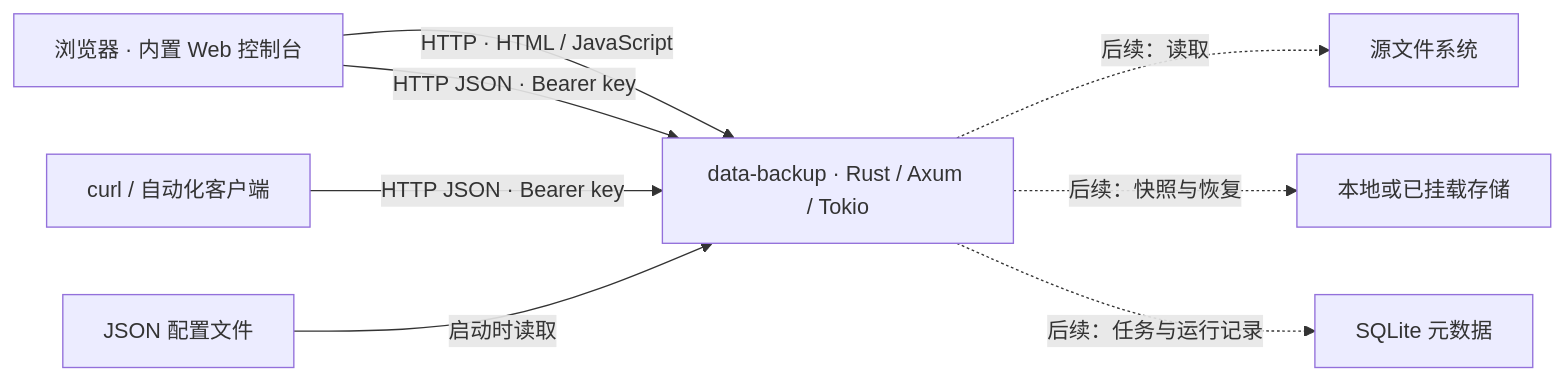
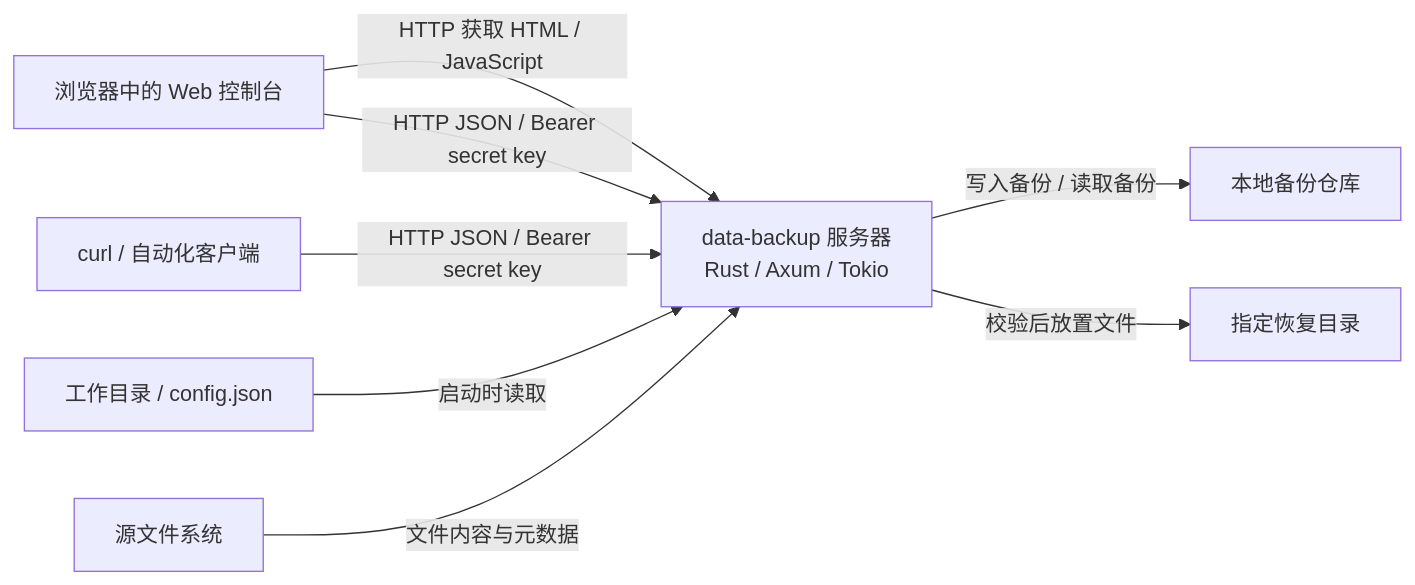
Before and after one commit to qi7876/software-development-exp: the diagram in docs/architecture/containers.md, drawn with Mermaid. The commit also changed other lines of this file and 13 other files, not shown here.

````diff
--- a/docs/architecture/containers.md
+++ b/docs/architecture/containers.md
@@ -5,10 +7,10 @@
 ```mermaid
 flowchart LR
-    Browser[浏览器 · 内置 Web 控制台] -->|HTTP · HTML / JavaScript| Server[data-backup · Rust / Axum / Tokio]
-    Browser -->|HTTP JSON · Bearer key| Server
-    Curl[curl / 自动化客户端] -->|HTTP JSON · Bearer key| Server
-    Config[JSON 配置文件] -->|启动时读取| Server
-    Server -.->|后续：读取| Source[源文件系统]
-    Server -.->|后续：快照与恢复| Repository[本地或已挂载存储]
-    Server -.->|后续：任务与运行记录| Metadata[SQLite 元数据]
+    Browser[浏览器中的 Web 控制台] -->|HTTP 获取 HTML / JavaScript| Server["data-backup 服务器<br/>Rust / Axum / Tokio"]
+    Browser -->|HTTP JSON / Bearer secret key| Server
+    Curl[curl / 自动化客户端] -->|HTTP JSON / Bearer secret key| Server
+    Config[工作目录 / config.json] -->|启动时读取| Server
+    Source[源文件系统] -->|文件内容与元数据| Server
+    Server -->|写入备份 / 读取备份| Repository[本地备份仓库]
+    Server -->|校验后放置文件| Restore[指定恢复目录]
 ```
````
